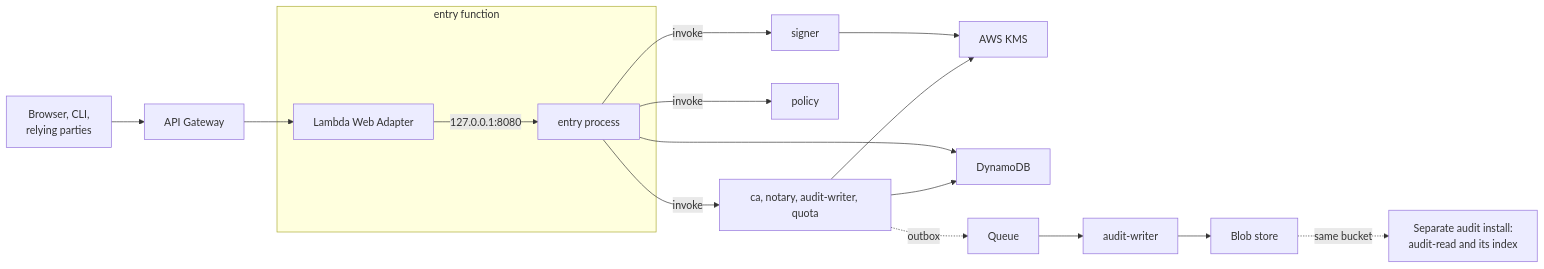
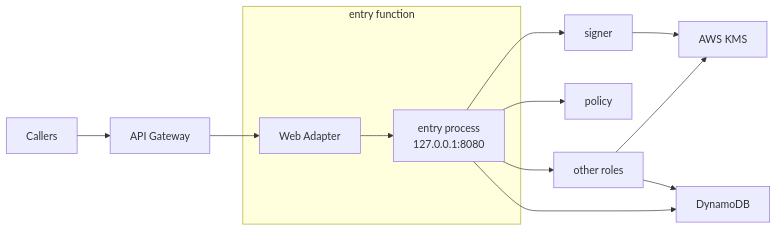
One commit to truvity/sluis changed the first of 2 diagrams in docs/shapes/aws-lambda.md. Above: the diagram before and after it, drawn with Mermaid. The commit also changed other lines of this file and 6 other files, not shown here.

First line of the commit message:
docs(site): split oversized diagrams into steps and shorten labels

````diff
--- a/docs/shapes/aws-lambda.md
+++ b/docs/shapes/aws-lambda.md
@@ -13,18 +17,15 @@
 ```mermaid
 flowchart LR
-  user["Browser, CLI,<br/>relying parties"] --> ep["API Gateway"]
+  user["Callers"] --> ep["API Gateway"]
   subgraph cn["entry function"]
-    lwa["Lambda Web Adapter"] -- "127.0.0.1:8080" --> app["entry process"]
+    lwa["Web Adapter"] --> app["entry process<br/>127.0.0.1:8080"]
   end
   ep --> lwa
-  app -- "invoke" --> signer["signer"]
-  app -- "invoke" --> policy["policy"]
-  app -- "invoke" --> others["ca, notary, audit-writer, quota"]
+  app --> signer["signer"]
+  app --> policy["policy"]
+  app --> others["other roles"]
   signer --> kms["AWS KMS"]
   others --> kms
   app --> ddb["DynamoDB"]
   others --> ddb
-  others -. "outbox" .-> q["Queue"]
-  q --> writer["audit-writer"] --> blob["Blob store"]
-  blob -. "same bucket" .-> aud["Separate audit install:<br/>audit-read and its index"]
 ```
````
